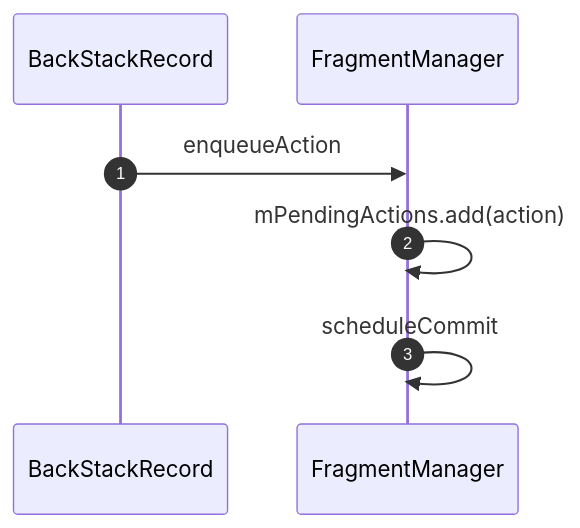
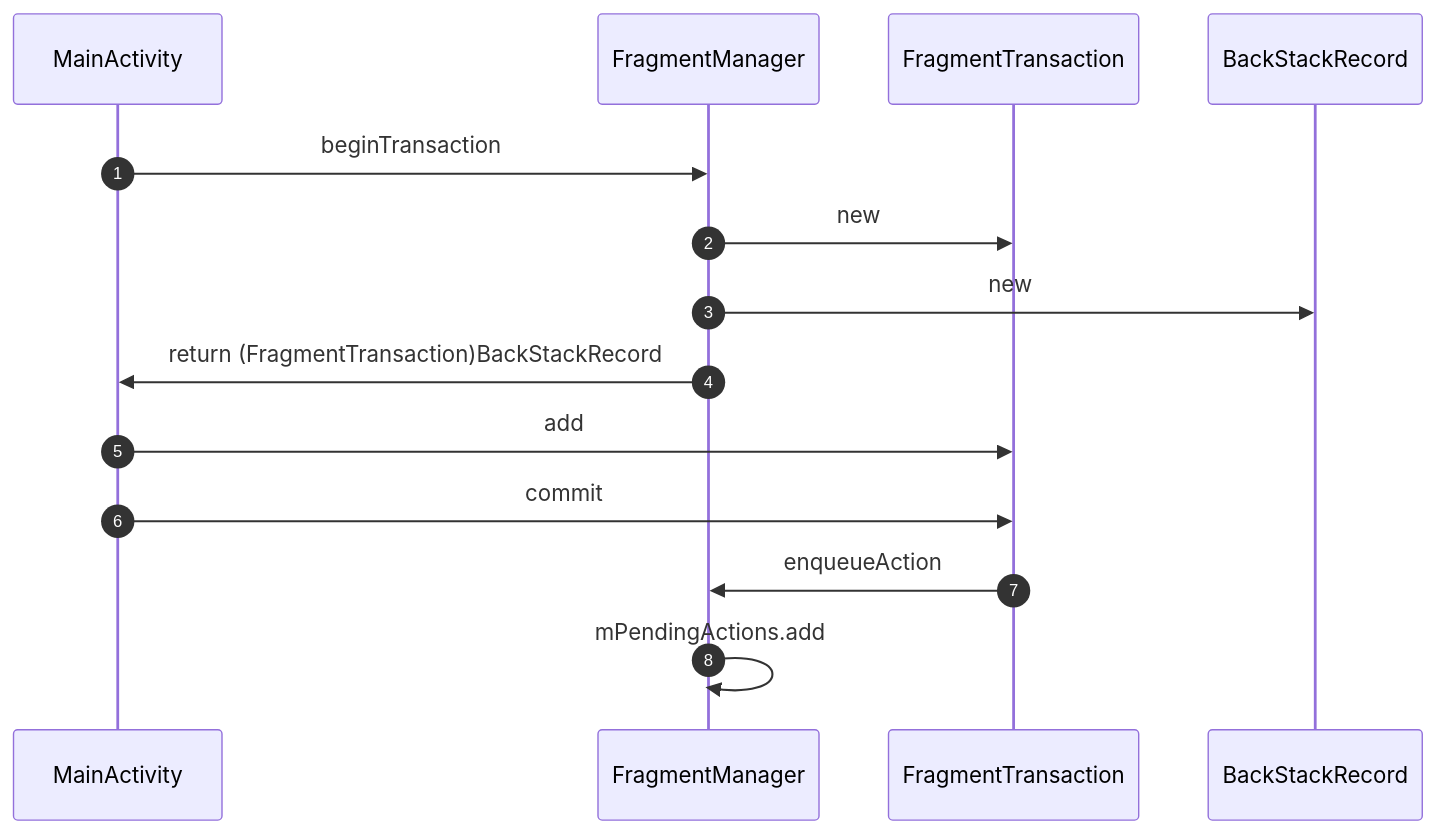
Before and after one commit to swithun-liu/swithun-liu.github.io: diagram 26 of 35 in source/_posts/Android/Fragment原理.md, drawn with Mermaid. The commit also changed other lines of this file, not shown here.

````diff
--- a/source/_posts/Android/Fragment原理.md
+++ b/source/_posts/Android/Fragment原理.md
@@ -1474,9 +1551,18 @@
     ```mermaid
     sequenceDiagram
     autonumber
-        participant BackStackRecord
-        participant FragmentManager
-        BackStackRecord->>FragmentManager: enqueueAction
-        FragmentManager->>FragmentManager: mPendingActions.add(action)
-        FragmentManager->>FragmentManager: scheduleCommit
+
+    participant MainActivity
+    participant FragmentManager
+    participant FragmentTransaction
+    participant BackStackRecord
+
+    MainActivity ->> FragmentManager: beginTransaction
+    FragmentManager ->> FragmentTransaction: new
+    FragmentManager ->> BackStackRecord: new
+    FragmentManager ->> MainActivity: return (FragmentTransaction)BackStackRecord
+    MainActivity ->> FragmentTransaction: add
+    MainActivity ->> FragmentTransaction: commit
+    FragmentTransaction ->> FragmentManager: enqueueAction
+    FragmentManager ->> FragmentManager: mPendingActions.add
     ```
````
